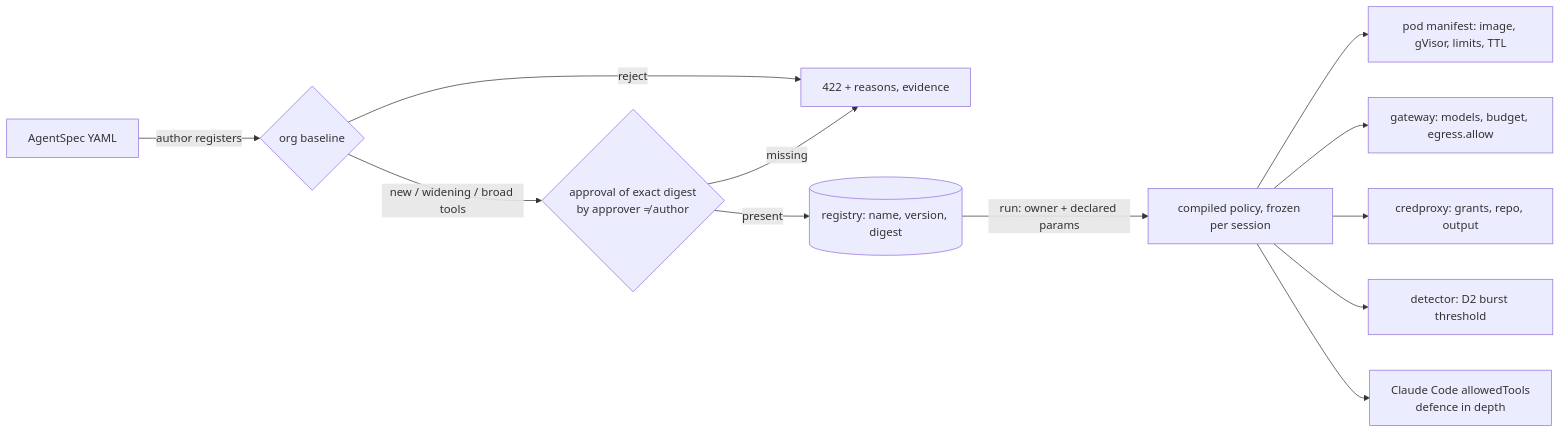
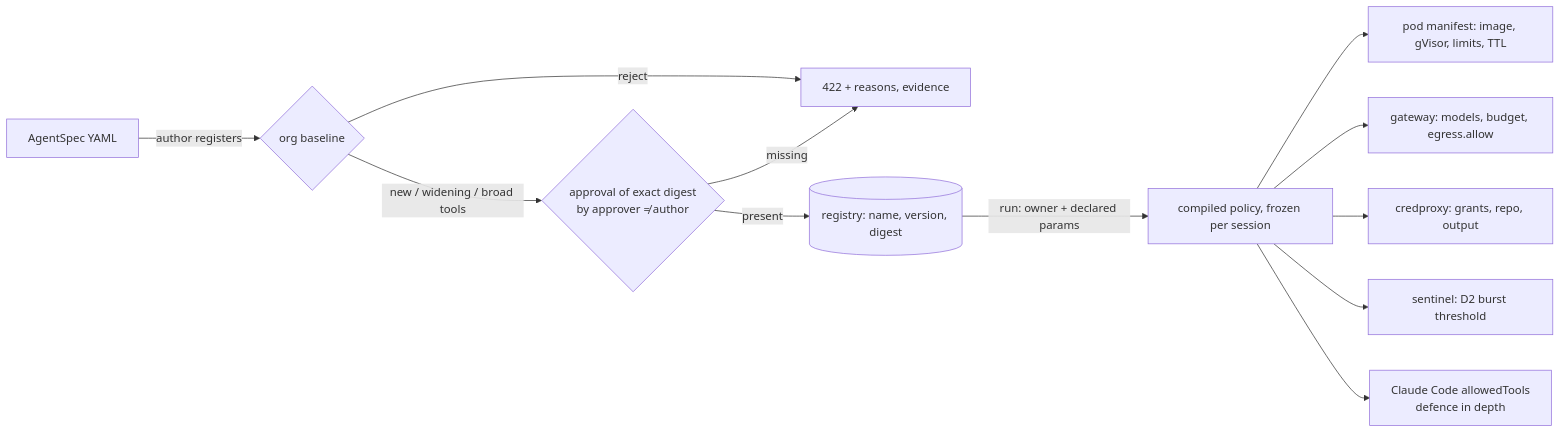
One commit to bhadradiyaniravnl/security-assignment-forgoodai changed the second of 6 diagrams in docs/ARCHITECTURE.md. Above: the diagram before and after it, drawn with Mermaid. The commit also changed other lines of this file and 47 other files, not shown here.

````diff
--- a/docs/ARCHITECTURE.md
+++ b/docs/ARCHITECTURE.md
@@ -264,14 +325,14 @@
 ```mermaid
 flowchart LR
   y[AgentSpec YAML] -->|author registers| b{org baseline}
   b -- reject --> x[422 + reasons, evidence]
   b -- new / widening / broad tools --> a{approval of exact digest<br/>by approver ≠ author}
   a -- missing --> x
   a -- present --> r[(registry: name, version, digest)]
   r -->|run: owner + declared params| c[compiled policy, frozen per session]
   c --> pod[pod manifest: image, gVisor, limits, TTL]
   c --> g[gateway: models, budget, egress.allow]
   c --> cp2[credproxy: grants, repo, output]
-  c --> d[detector: D2 burst threshold]
+  c --> d[sentinel: D2 burst threshold]
   c --> cc[Claude Code allowedTools<br/>defence in depth]
 ```
````
